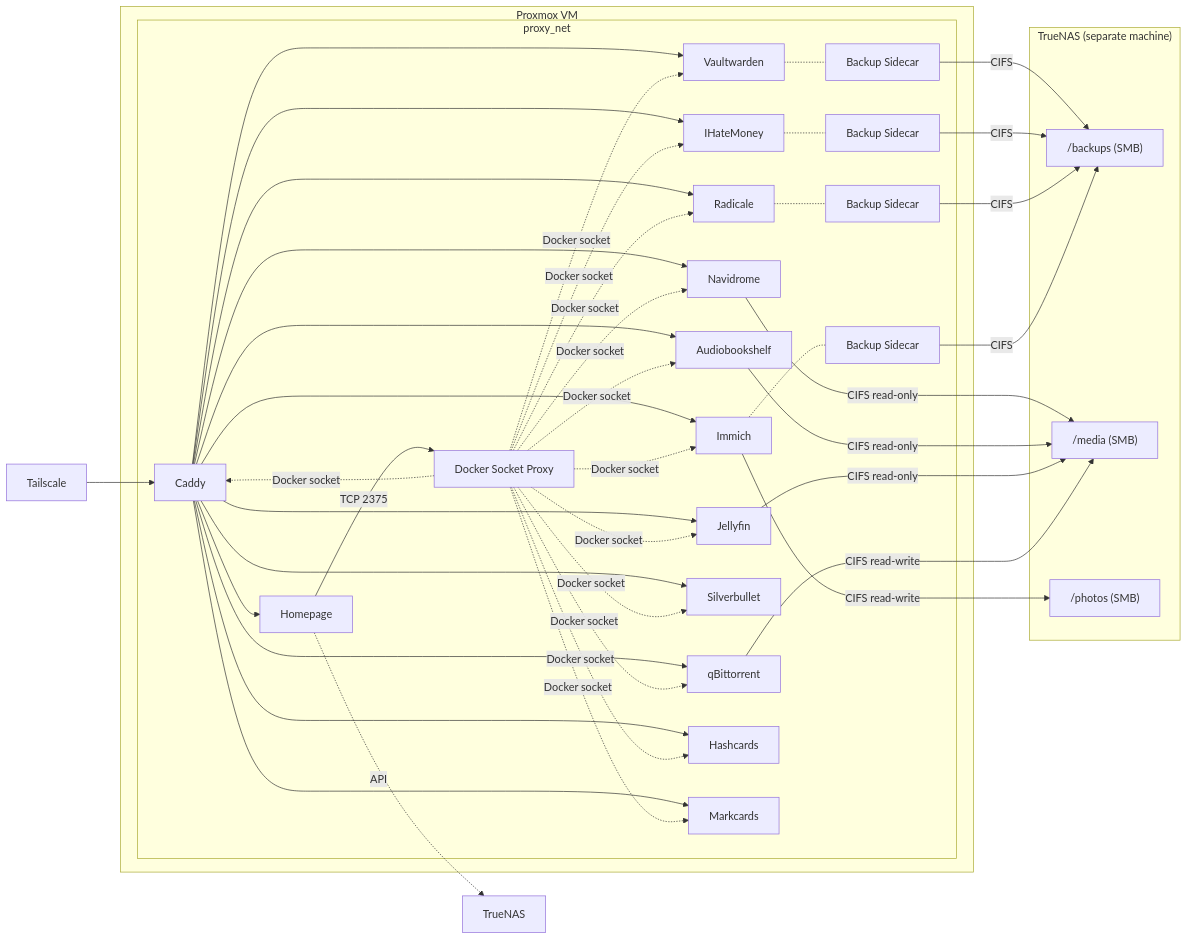
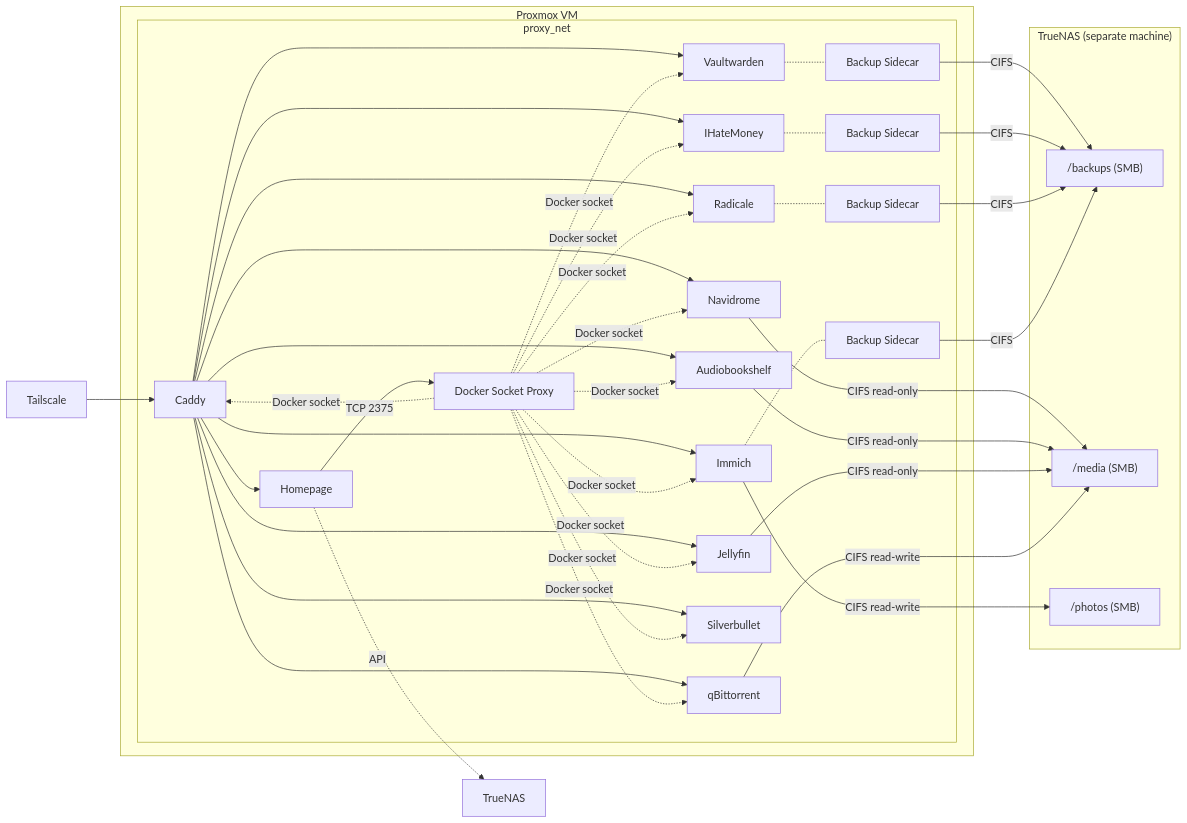
One commit to masolnada/homelab changed the first of 2 diagrams in README.md. Above: the diagram before and after it, drawn with Mermaid. The commit also changed other lines of this file and 8 other files, not shown here.

````diff
--- a/README.md
+++ b/README.md
@@ -7,57 +7,53 @@
 ```mermaid
 graph LR
     TS[Tailscale] --> Caddy
 
     subgraph VM["Proxmox VM"]
         subgraph proxy_net
             Caddy --> Homepage
             Caddy --> Vaultwarden
             Caddy --> Navidrome
             Caddy --> Audiobookshelf
             Caddy --> IHateMoney
             Caddy --> Jellyfin
             Caddy --> qBittorrent
             Caddy --> Radicale
             Caddy --> Silverbullet
             Caddy --> Immich[Immich]
-            Caddy --> Hashcards
-            Caddy --> Markcards[Markcards]
             Homepage -->|TCP 2375| DockerProxy[Docker Socket Proxy]
             DockerProxy -.->|Docker socket| Caddy
             DockerProxy -.->|Docker socket| Vaultwarden
             DockerProxy -.->|Docker socket| Navidrome
             DockerProxy -.->|Docker socket| Audiobookshelf
             DockerProxy -.->|Docker socket| IHateMoney
             DockerProxy -.->|Docker socket| Jellyfin
             DockerProxy -.->|Docker socket| qBittorrent
             DockerProxy -.->|Docker socket| Radicale
             DockerProxy -.->|Docker socket| Silverbullet
             DockerProxy -.->|Docker socket| Immich
-            DockerProxy -.->|Docker socket| Hashcards
-            DockerProxy -.->|Docker socket| Markcards
             Vaultwarden -.- Backup[Backup Sidecar]
             IHateMoney -.- IHMBackup[Backup Sidecar]
             Radicale -.- RadBackup[Backup Sidecar]
             Immich -.- ImmichBackup[Backup Sidecar]
         end
     end
 
     subgraph NAS["TrueNAS (separate machine)"]
         backups["/backups (SMB)"]
         media["/media (SMB)"]
         photos["/photos (SMB)"]
     end
 
     Homepage -.->|API| TrueNAS
 
     Backup -->|CIFS| backups
     IHMBackup -->|CIFS| backups
     RadBackup -->|CIFS| backups
     ImmichBackup -->|CIFS| backups
 
     Navidrome -->|CIFS read-only| media
     Audiobookshelf -->|CIFS read-only| media
     Jellyfin -->|CIFS read-only| media
     qBittorrent -->|CIFS read-write| media
     Immich -->|CIFS read-write| photos
 ```
````
